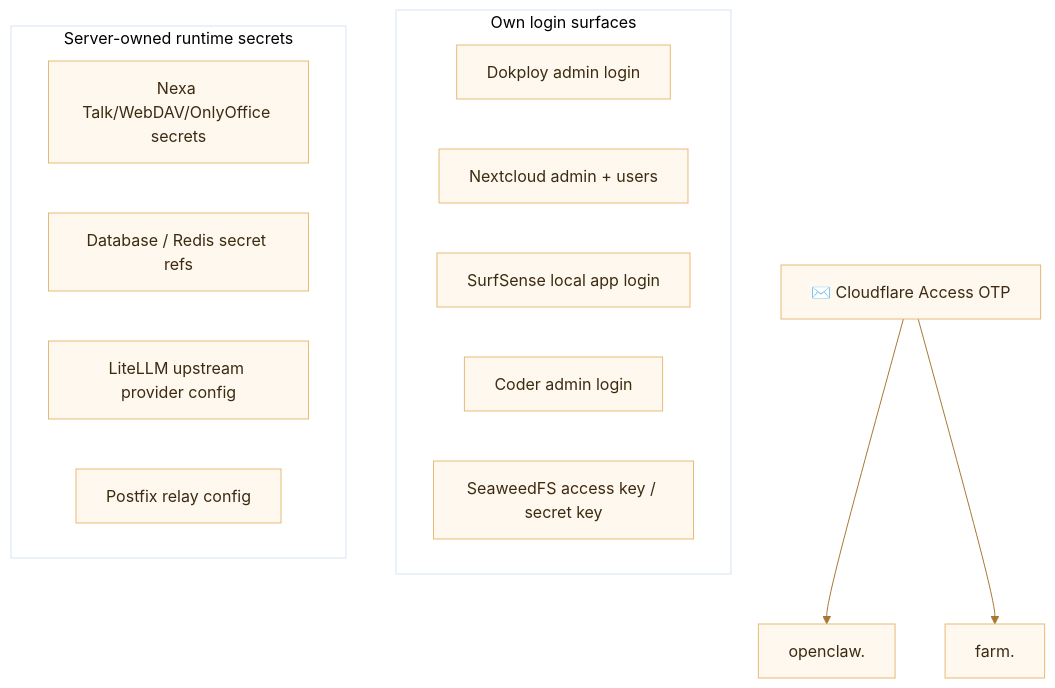
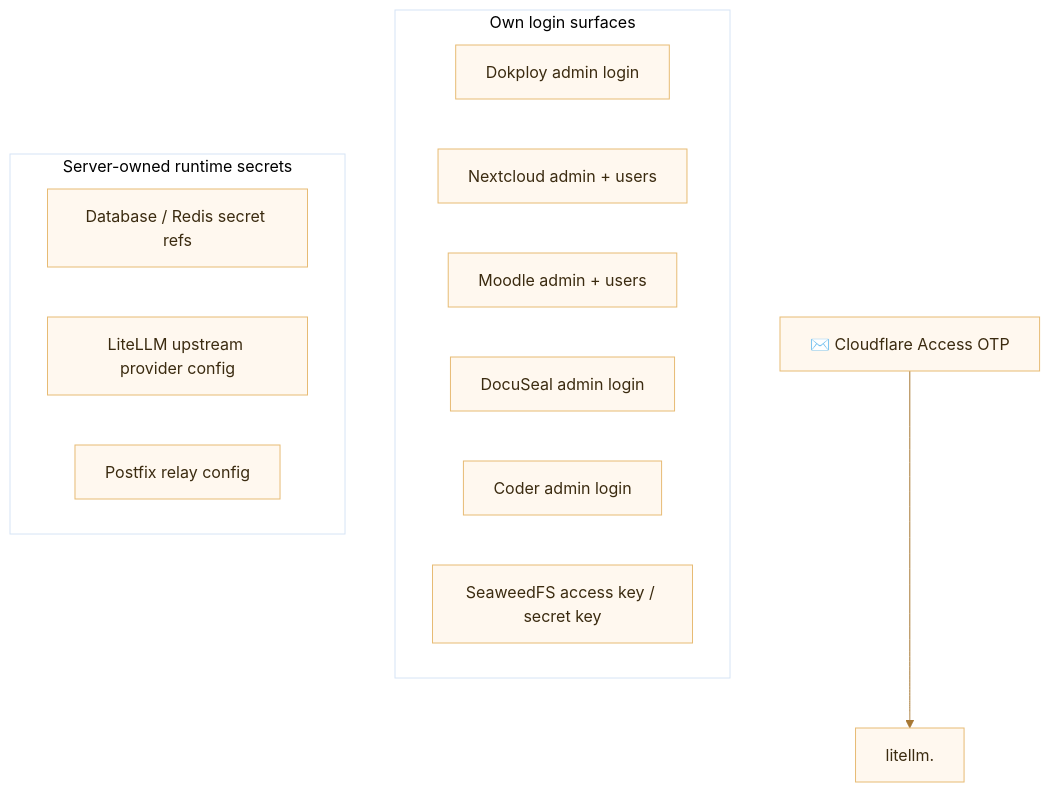
One commit to borealBytes/dokploy-wizard changed the third of 3 diagrams in README.md. Above: the diagram before and after it, drawn with Mermaid. The commit also changed other lines of this file and 126 other files, not shown here.

First line of the commit message:
feat!: retire OpenClaw, Nexa, Telly, My Farm Advisor, and SurfSense

````diff
--- a/README.md
+++ b/README.md
@@ -354,30 +251,29 @@
 ```mermaid
 %%{init: {
   "theme": "base",
   "themeVariables": {
     "primaryColor": "#fff8ef",
     "primaryTextColor": "#3b2b10",
     "primaryBorderColor": "#e7bb74",
     "lineColor": "#a77834",
     "fontFamily": "Inter, ui-sans-serif, system-ui, sans-serif"
   }
 }}%%
 flowchart TD
-    CFOTP[✉️ Cloudflare Access OTP] --> OpenClaw[openclaw.<root-domain>]
-    CFOTP --> Farm[farm.<root-domain>]
+    CFOTP[✉️ Cloudflare Access OTP] --> LiteLLMAdmin[litellm.<root-domain>]
 
     subgraph AppLogins[Own login surfaces]
       Dokploy[Dokploy admin login]
       Nextcloud[Nextcloud admin + users]
-      SurfSense[SurfSense local app login]
+      Moodle[Moodle admin + users]
+      DocuSeal[DocuSeal admin login]
       Coder[Coder admin login]
       Seaweed[SeaweedFS access key / secret key]
     end
 
     subgraph InternalSecrets[Server-owned runtime secrets]
-      Nexa[Nexa Talk/WebDAV/OnlyOffice secrets]
       DB[Database / Redis secret refs]
       Model[LiteLLM upstream provider config]
       Mail[Postfix relay config]
     end
 ```
````
